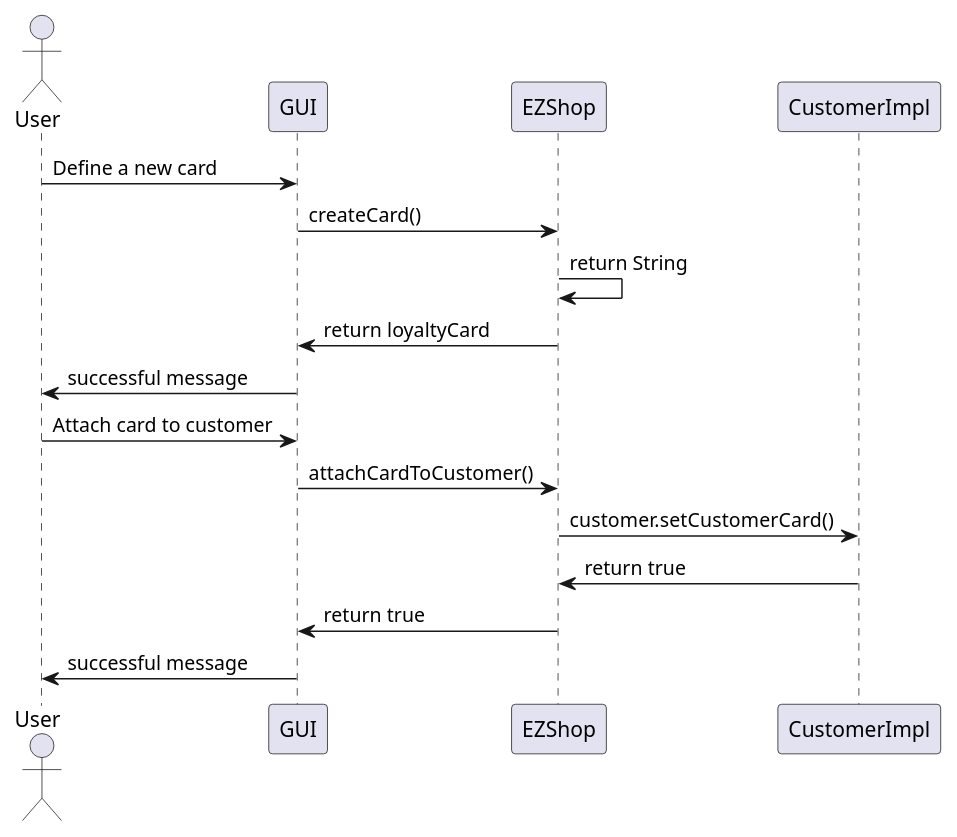
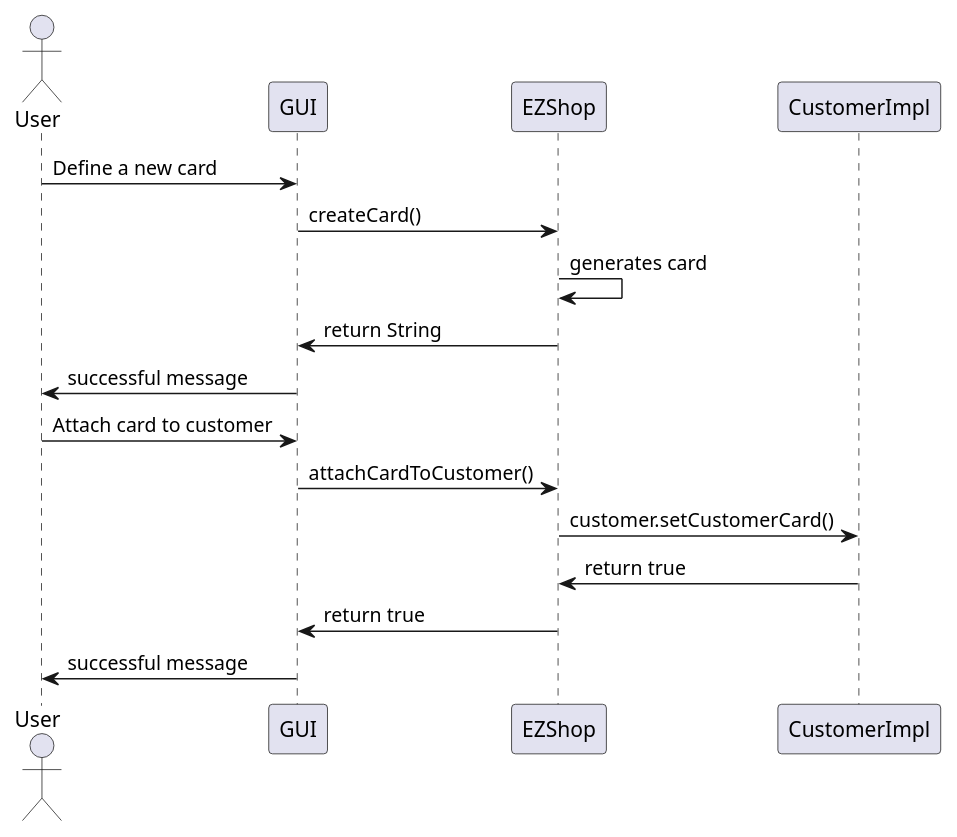
One commit to ThePiromaximus/ezshop changed diagram 11 of 19 in Deliverables/DesignDocument.md. Above: the diagram before and after it, drawn with PlantUML. The commit also changed other lines of this file, not shown here.

````diff
--- a/Deliverables/DesignDocument.md
+++ b/Deliverables/DesignDocument.md
@@ -401,16 +402,16 @@
 ```plantuml
 @startuml
 Actor User as U
 U -> GUI: Define a new card
 GUI -> EZShop: createCard()
-EZShop -> EZShop: return String
-GUI <- EZShop: return loyaltyCard
+EZShop -> EZShop: generates card
+GUI <- EZShop: return String
 U <- GUI: successful message
 U -> GUI: Attach card to customer
 GUI -> EZShop: attachCardToCustomer()
 EZShop -> CustomerImpl: customer.setCustomerCard()
 EZShop <- CustomerImpl: return true
 GUI <- EZShop: return true
 U <- GUI: successful message
 @enduml
 ```
````
